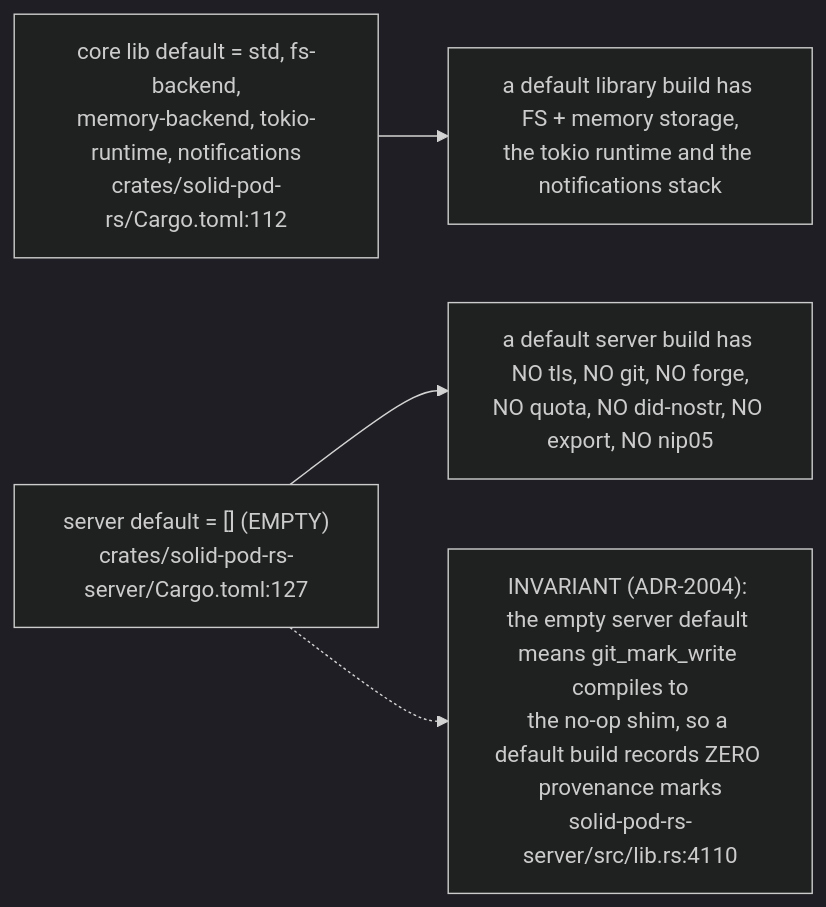
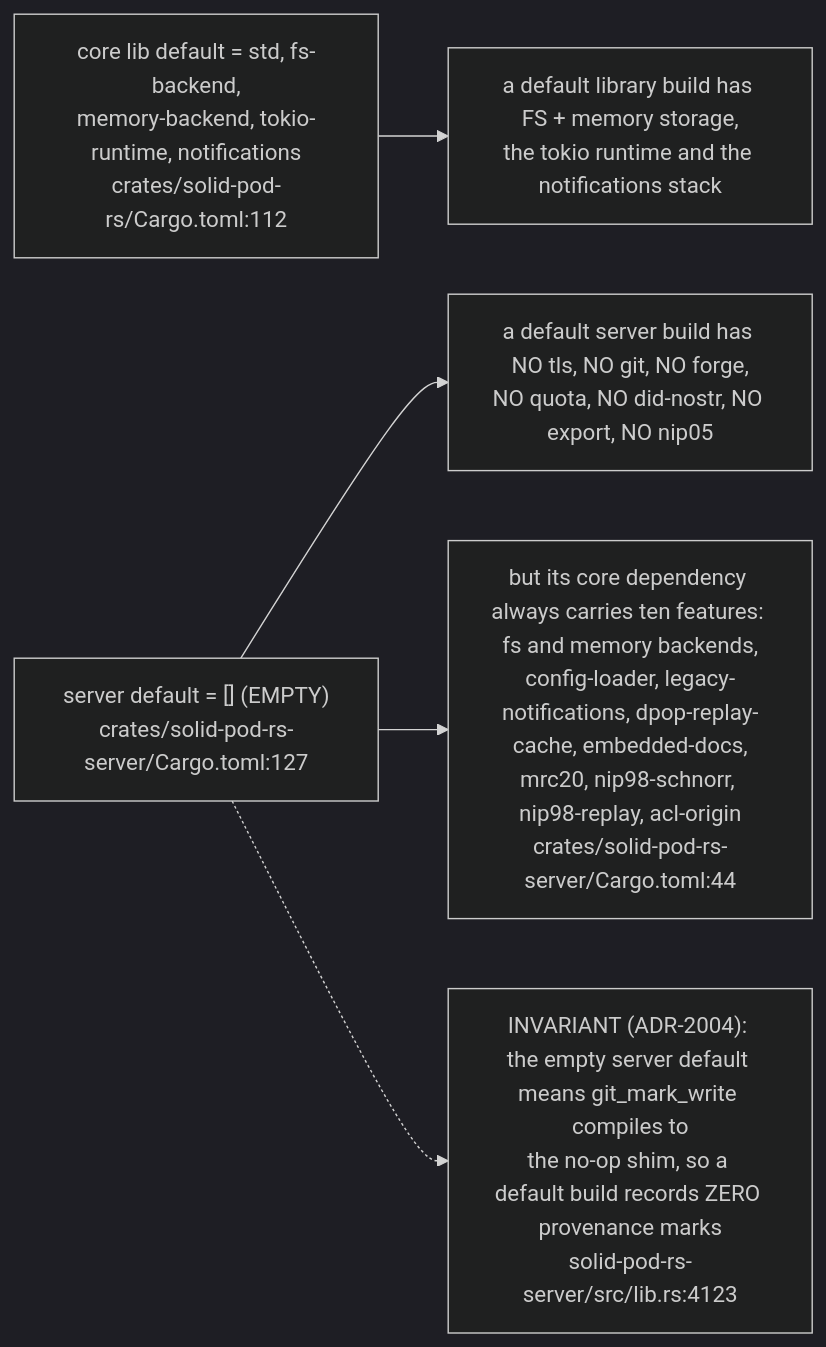
Before and after one commit to DreamLab-AI/VisionFlow: the sixth of 12 diagrams in docs/diagrams/solid-pod-rs/01-workspace-composition.md, drawn with Mermaid (dark theme). The commit also changed other lines of this file and 47 other files, not shown here.

````diff
--- a/docs/diagrams/solid-pod-rs/01-workspace-composition.md
+++ b/docs/diagrams/solid-pod-rs/01-workspace-composition.md
@@ -192,11 +203,12 @@
 ```mermaid
 flowchart LR
     LIBD["core lib default = std, fs-backend,<br/>memory-backend, tokio-runtime, notifications<br/>crates/solid-pod-rs/Cargo.toml:112"]
     SRVD["server default = [] (EMPTY)<br/>crates/solid-pod-rs-server/Cargo.toml:127"]
 
     LIBD --> R1["a default library build has FS + memory storage,<br/>the tokio runtime and the notifications stack"]
     SRVD --> R2["a default server build has NO tls, NO git, NO forge,<br/>NO quota, NO did-nostr, NO export, NO nip05"]
+    SRVD --> R3["but its core dependency always carries ten features: fs and memory backends,<br/>config-loader, legacy-notifications, dpop-replay-cache, embedded-docs,<br/>mrc20, nip98-schnorr, nip98-replay, acl-origin<br/>crates/solid-pod-rs-server/Cargo.toml:44"]
 
-    D1["INVARIANT (ADR-2004): the empty server default means git_mark_write compiles to<br/>the no-op shim, so a default build records ZERO provenance marks<br/>solid-pod-rs-server/src/lib.rs:4110"]
+    D1["INVARIANT (ADR-2004): the empty server default means git_mark_write compiles to<br/>the no-op shim, so a default build records ZERO provenance marks<br/>solid-pod-rs-server/src/lib.rs:4123"]
     SRVD -.-> D1
 ```
````
